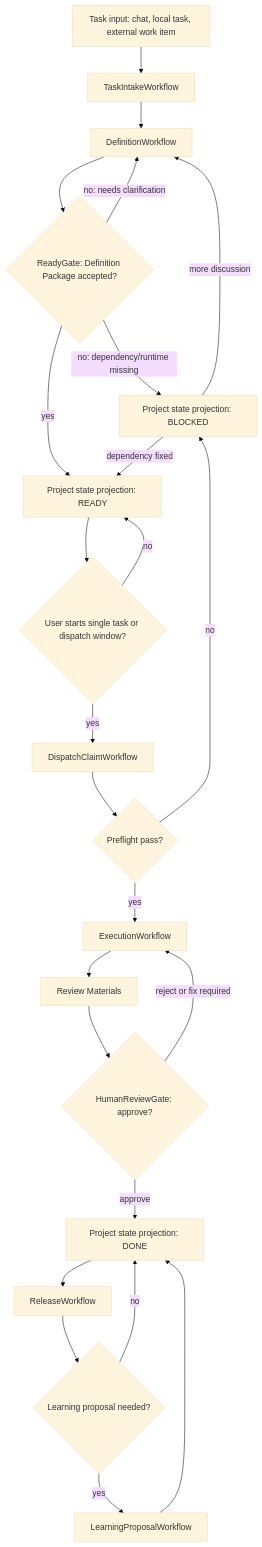
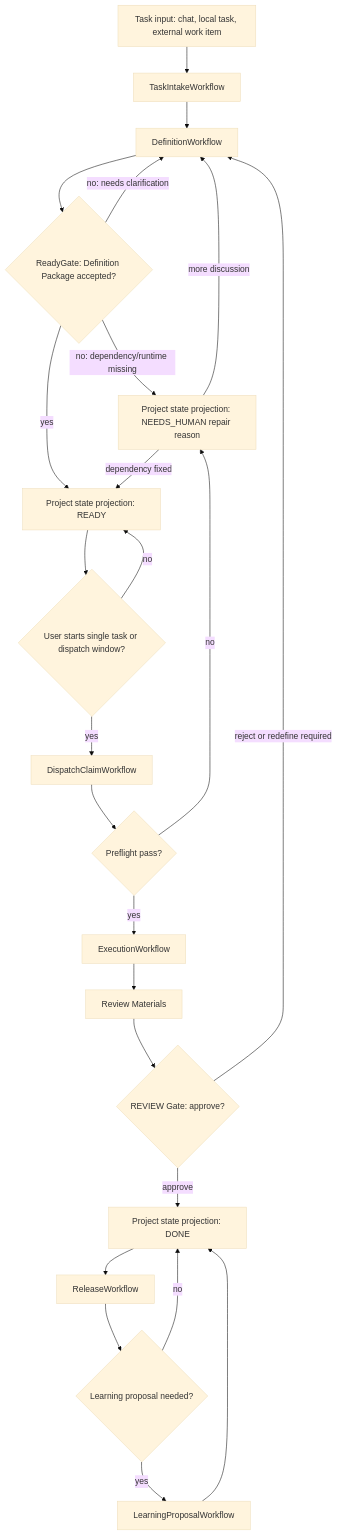
Before and after one commit to samzhu/grimoAPP: the second of 10 diagrams in docs/grimo/references/grimo-agent-workflow-definition.md, drawn with Mermaid (base theme). The commit also changed other lines of this file and 30 other files, not shown here.

````diff
--- a/docs/grimo/references/grimo-agent-workflow-definition.md
+++ b/docs/grimo/references/grimo-agent-workflow-definition.md
@@ -95,31 +94,31 @@
 ```mermaid
 flowchart TD
   Start["Task input: chat, local task, external work item"] --> Intake["TaskIntakeWorkflow"]
   Intake --> Definition["DefinitionWorkflow"]
   Definition --> ReadyGate{"ReadyGate: Definition Package accepted?"}
 
   ReadyGate -- "no: needs clarification" --> Definition
-  ReadyGate -- "no: dependency/runtime missing" --> Blocked["Project state projection: BLOCKED"]
+  ReadyGate -- "no: dependency/runtime missing" --> NeedsHuman["Project state projection: NEEDS_HUMAN repair reason"]
   ReadyGate -- "yes" --> Ready["Project state projection: READY"]
 
   Ready --> DispatchStart{"User starts single task or dispatch window?"}
   DispatchStart -- "no" --> Ready
   DispatchStart -- "yes" --> Dispatch["DispatchClaimWorkflow"]
   Dispatch --> PreflightGate{"Preflight pass?"}
-  PreflightGate -- "no" --> Blocked
+  PreflightGate -- "no" --> NeedsHuman
   PreflightGate -- "yes" --> Execution["ExecutionWorkflow"]
 
   Execution --> ReviewPackage["Review Materials"]
-  ReviewPackage --> HumanReview{"HumanReviewGate: approve?"}
-  HumanReview -- "reject or fix required" --> Execution
-  HumanReview -- "approve" --> Done["Project state projection: DONE"]
+  ReviewPackage --> ReviewGate{"REVIEW Gate: approve?"}
+  ReviewGate -- "reject or redefine required" --> Definition
+  ReviewGate -- "approve" --> Done["Project state projection: DONE"]
   Done --> Release["ReleaseWorkflow"]
 
   Release --> Learning{"Learning proposal needed?"}
   Learning -- "yes" --> Proposal["LearningProposalWorkflow"]
   Learning -- "no" --> Done
   Proposal --> Done
 
-  Blocked -- "more discussion" --> Definition
-  Blocked -- "dependency fixed" --> Ready
+  NeedsHuman -- "more discussion" --> Definition
+  NeedsHuman -- "dependency fixed" --> Ready
 ```
````
